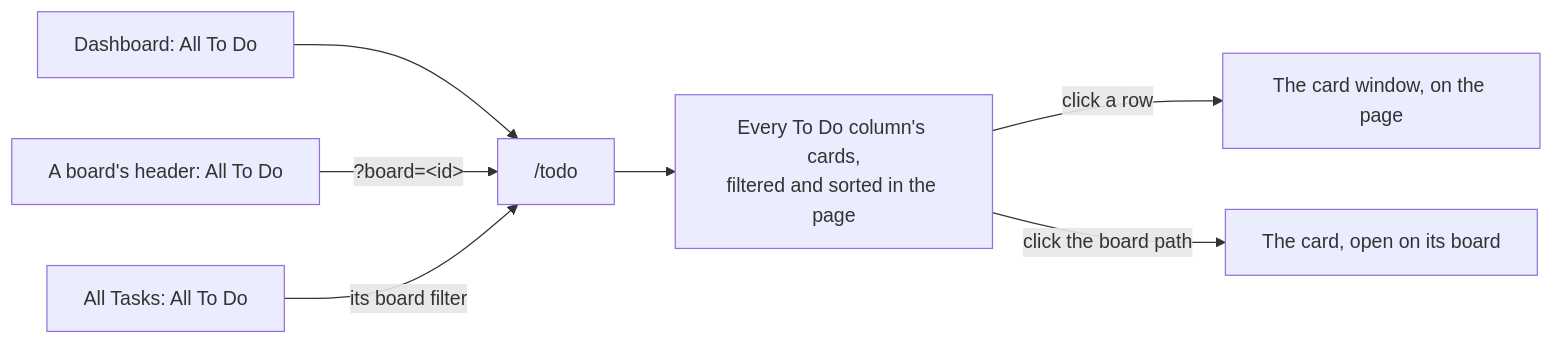
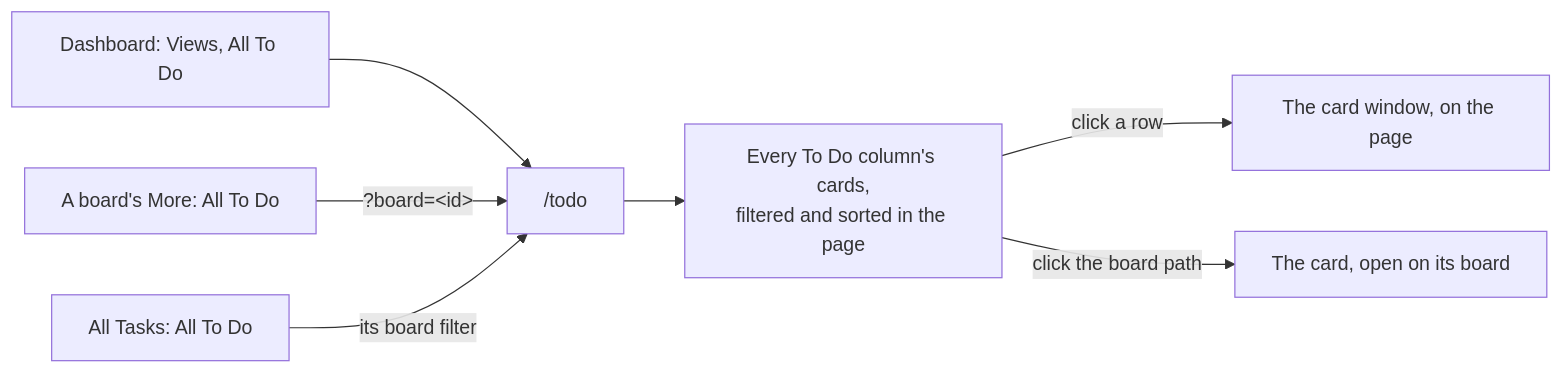
The sixth of 8 diagrams in docs/feature-overview.md (gitBoon/DumpFire), drawn with Mermaid before and after one commit. The commit also changed other lines of this file and 21 other files, not shown here.

First line of the commit message:
feat: the dashboard and board header bars are tidied into menus, and XP moves to the dashboard (2466)

````diff
--- a/docs/feature-overview.md
+++ b/docs/feature-overview.md
@@ -186,9 +204,9 @@
 ```mermaid
 flowchart LR
-    Dash["Dashboard: All To Do"] --> Todo["/todo"]
-    Board["A board's header: All To Do"] -->|"?board=&lt;id&gt;"| Todo
+    Dash["Dashboard: Views, All To Do"] --> Todo["/todo"]
+    Board["A board's More: All To Do"] -->|"?board=&lt;id&gt;"| Todo
     All["All Tasks: All To Do"] -->|"its board filter"| Todo
     Todo --> Rows["Every To Do column's cards,<br/>filtered and sorted in the page"]
     Rows -->|"click a row"| Window["The card window, on the page"]
     Rows -->|"click the board path"| OnBoard["The card, open on its board"]
 ```
````
